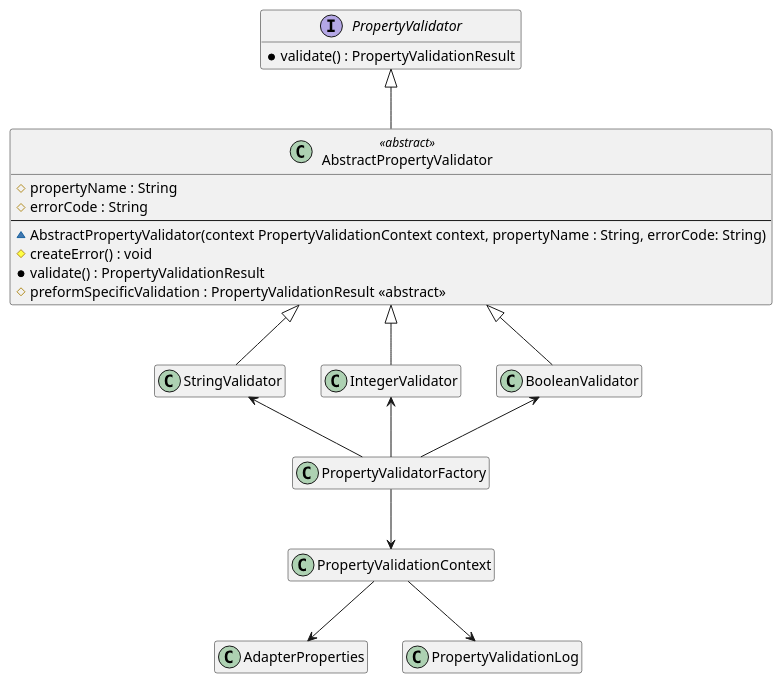
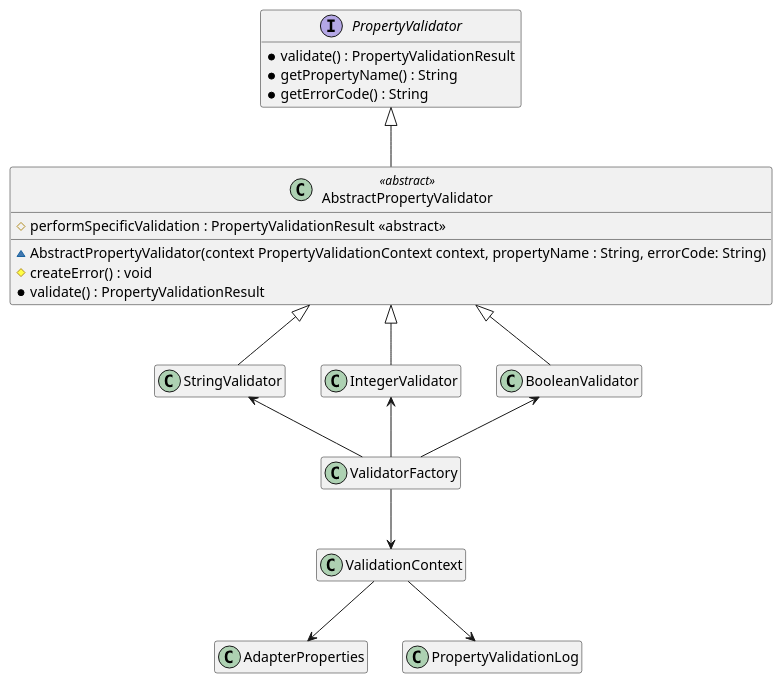
The diagram in doc/design.md (exasol/virtual-schema-common-java), drawn with PlantUML before and after one commit. The commit also changed other lines of this file and 19 other files, not shown here.

````diff
--- a/doc/design.md
+++ b/doc/design.md
@@ -7,28 +7,27 @@
 ```plantuml
 hide empty members
 
 interface PropertyValidator {
    * validate() : PropertyValidationResult
+   * getPropertyName() : String
+   * getErrorCode() : String
 }
 
 class AbstractPropertyValidator <<abstract>> {
-    # propertyName : String
-    # errorCode : String
-    ---
     ~ AbstractPropertyValidator(context PropertyValidationContext context, propertyName : String, errorCode: String)
     # createError() : void
     * validate() : PropertyValidationResult
-    # preformSpecificValidation : PropertyValidationResult <<abstract>>
+    # performSpecificValidation : PropertyValidationResult <<abstract>>
 }
 
 AbstractPropertyValidator -u-|> PropertyValidator
-PropertyValidatorFactory -d-> PropertyValidationContext
-PropertyValidatorFactory -u-> BooleanValidator
-PropertyValidatorFactory -u-> IntegerValidator
-PropertyValidatorFactory -u-> StringValidator
-PropertyValidationContext --> AdapterProperties
-PropertyValidationContext --> PropertyValidationLog
+ValidatorFactory -d-> ValidationContext
+ValidatorFactory -u-> BooleanValidator
+ValidatorFactory -u-> IntegerValidator
+ValidatorFactory -u-> StringValidator
+ValidationContext --> AdapterProperties
+ValidationContext --> PropertyValidationLog
 BooleanValidator -u-|> AbstractPropertyValidator
 IntegerValidator -u-|> AbstractPropertyValidator
 StringValidator -u-|> AbstractPropertyValidator
 ```
````
